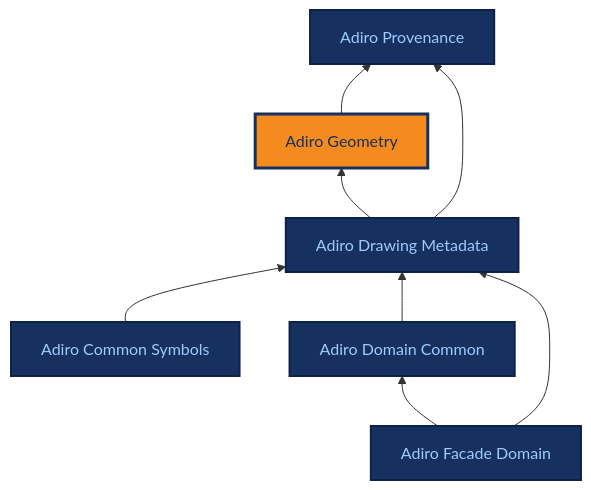
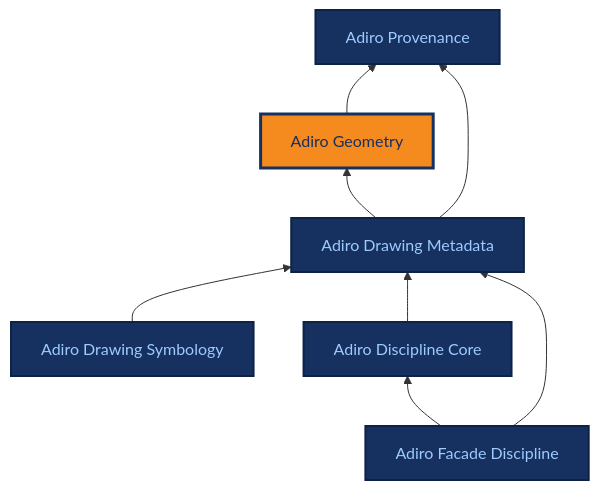
The diagram in docs/ontologies/adiro_geometry.md (BuroHappoldMachineLearning/ADIRO), drawn with Mermaid before and after one commit. The commit also changed 162 other files, not shown here.

First line of the commit message:
feat: rename three modules, with the reference terms defined in adiro_drawing_symbology (#281, #277, #271)

````diff
--- a/docs/ontologies/adiro_geometry.md
+++ b/docs/ontologies/adiro_geometry.md
@@ -33,27 +33,27 @@
 ```mermaid
 %%{init: {"themeCSS": ".base .nodeLabel,.base .nodeLabel p,.base text,.base tspan{fill:#9ecbff !important;color:#9ecbff !important}.current .nodeLabel,.current .nodeLabel p,.current text,.current tspan{fill:#16305f !important;color:#16305f !important}"} }%%
 graph BT
     adiro_provenance["Adiro Provenance"]
     adiro_geometry["Adiro Geometry"]
     adiro_drawing_metadata["Adiro Drawing Metadata"]
-    adiro_common_symbols["Adiro Common Symbols"]
-    adiro_domain_common["Adiro Domain Common"]
-    adiro_facade_domain["Adiro Facade Domain"]
+    adiro_drawing_symbology["Adiro Drawing Symbology"]
+    adiro_discipline_core["Adiro Discipline Core"]
+    adiro_facade_discipline["Adiro Facade Discipline"]
     adiro_geometry --> adiro_provenance
     adiro_drawing_metadata --> adiro_geometry
     adiro_drawing_metadata --> adiro_provenance
-    adiro_common_symbols --> adiro_drawing_metadata
-    adiro_domain_common --> adiro_drawing_metadata
-    adiro_facade_domain --> adiro_domain_common
-    adiro_facade_domain --> adiro_drawing_metadata
+    adiro_drawing_symbology --> adiro_drawing_metadata
+    adiro_discipline_core --> adiro_drawing_metadata
+    adiro_facade_discipline --> adiro_discipline_core
+    adiro_facade_discipline --> adiro_drawing_metadata
     click adiro_provenance "../adiro_provenance/" "Adiro Provenance reference page"
     click adiro_geometry "../adiro_geometry/" "Adiro Geometry reference page"
     click adiro_drawing_metadata "../adiro_drawing_metadata/" "Adiro Drawing Metadata reference page"
-    click adiro_common_symbols "../adiro_common_symbols/" "Adiro Common Symbols reference page"
-    click adiro_domain_common "../adiro_domain_common/" "Adiro Domain Common reference page"
-    click adiro_facade_domain "../adiro_facade_domain/" "Adiro Facade Domain reference page"
+    click adiro_drawing_symbology "../adiro_drawing_symbology/" "Adiro Drawing Symbology reference page"
+    click adiro_discipline_core "../adiro_discipline_core/" "Adiro Discipline Core reference page"
+    click adiro_facade_discipline "../adiro_facade_discipline/" "Adiro Facade Discipline reference page"
     classDef base fill:#16305f,stroke:#0e2247,stroke-width:2px,color:#9ecbff;
-    class adiro_provenance,adiro_drawing_metadata,adiro_common_symbols,adiro_domain_common,adiro_facade_domain base;
+    class adiro_provenance,adiro_drawing_metadata,adiro_drawing_symbology,adiro_discipline_core,adiro_facade_discipline base;
     classDef current fill:#f58a1f,stroke:#16305f,stroke-width:3px,color:#16305f;
     class adiro_geometry current;
 ```
````
